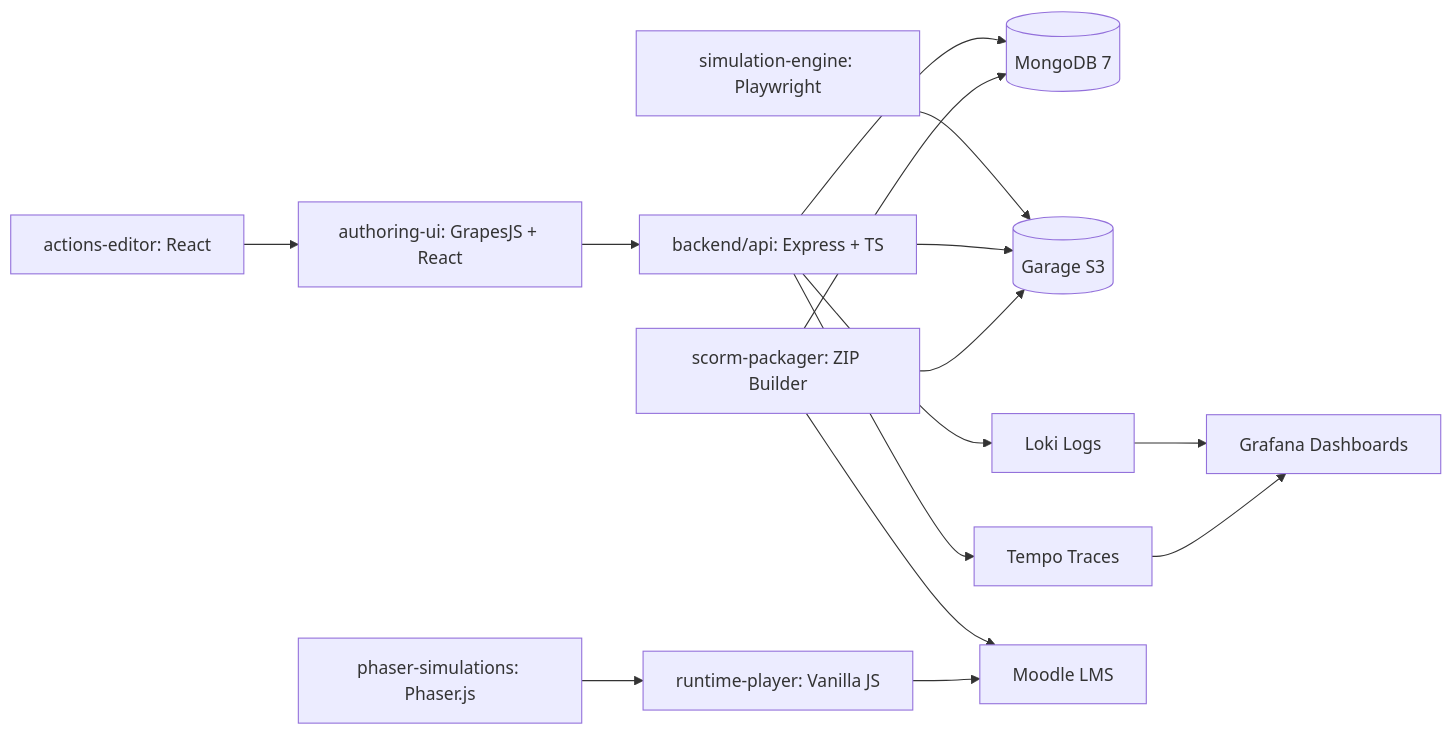
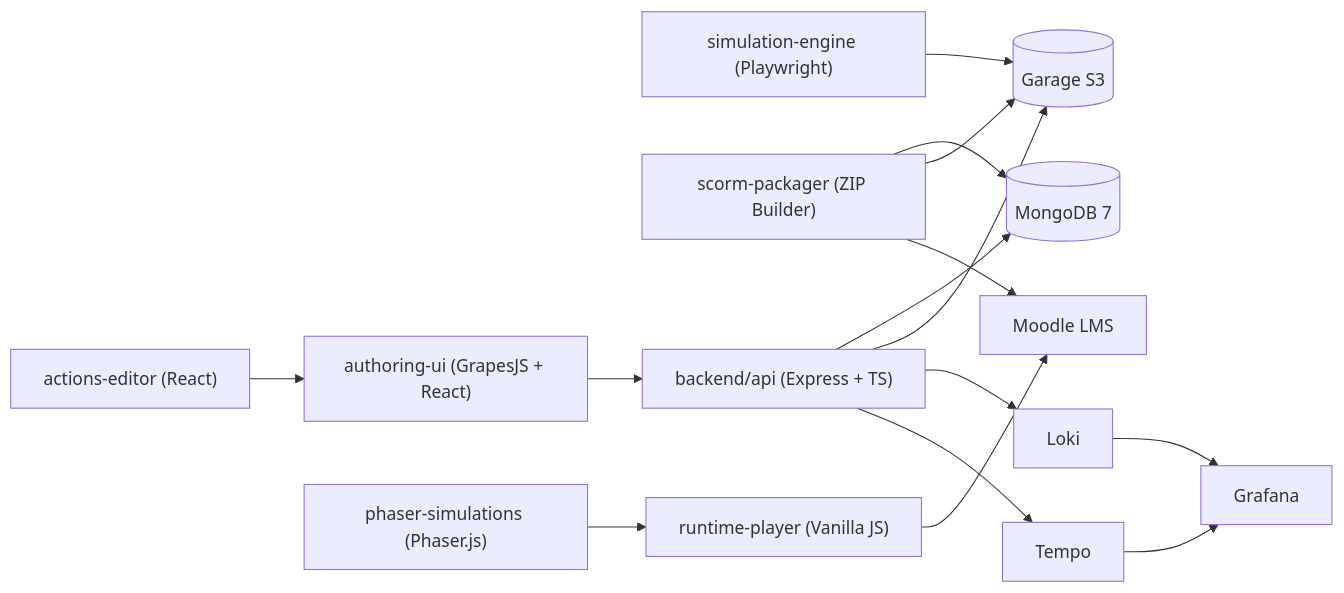
Before and after one commit to canocampus/elearn-studio: the first of 3 diagrams in README.md, drawn with Mermaid. The commit also changed other lines of this file, not shown here.

Commit message:
fix(docs): make Mermaid diagrams compatible with Mermaid 8.x
GitLab and PyCharm use older Mermaid versions that reject unquoted
node labels containing special characters. Rules applied:
- Labels with : / & wrapped in double quotes ["label"]
- & replaced with 'and' in plain-text labels
- : replaced with - where quoting is not needed
Topology and content unchanged.

````diff
--- a/README.md
+++ b/README.md
@@ -21,33 +21,31 @@
 ```mermaid
 graph LR
-  UI[authoring-ui: GrapesJS + React]
-  SE[simulation-engine: Playwright]
-  AE[actions-editor: React]
-  
-  SP[scorm-packager: ZIP Builder]
-  RP[runtime-player: Vanilla JS]
-  PS[phaser-simulations: Phaser.js]
-  
-  API[backend/api: Express + TS]
+  UI["authoring-ui (GrapesJS + React)"]
+  SE["simulation-engine (Playwright)"]
+  AE["actions-editor (React)"]
+  SP["scorm-packager (ZIP Builder)"]
+  RP["runtime-player (Vanilla JS)"]
+  PS["phaser-simulations (Phaser.js)"]
+  API["backend/api (Express + TS)"]
   DB[(MongoDB 7)]
   GRG[(Garage S3)]
-  
-  GF[Grafana Dashboards]
-  LK[Loki Logs]
-  TM[Tempo Traces]
+  LMS[Moodle LMS]
+  GF[Grafana]
+  LK[Loki]
+  TM[Tempo]
 
   UI --> API
   AE --> UI
   SE --> GRG
   API --> DB
   API --> GRG
   SP --> DB
   SP --> GRG
-  SP --> LMS[Moodle LMS]
+  SP --> LMS
   RP --> LMS
   PS --> RP
   API --> LK
   API --> TM
   LK --> GF
   TM --> GF
 ```
````
